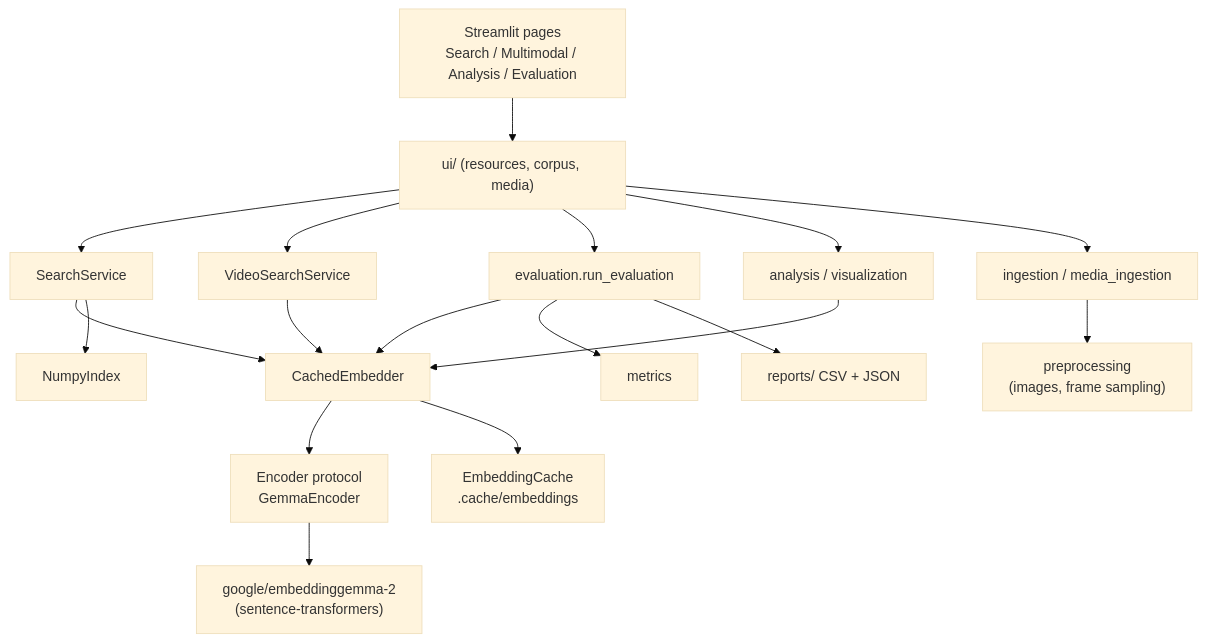
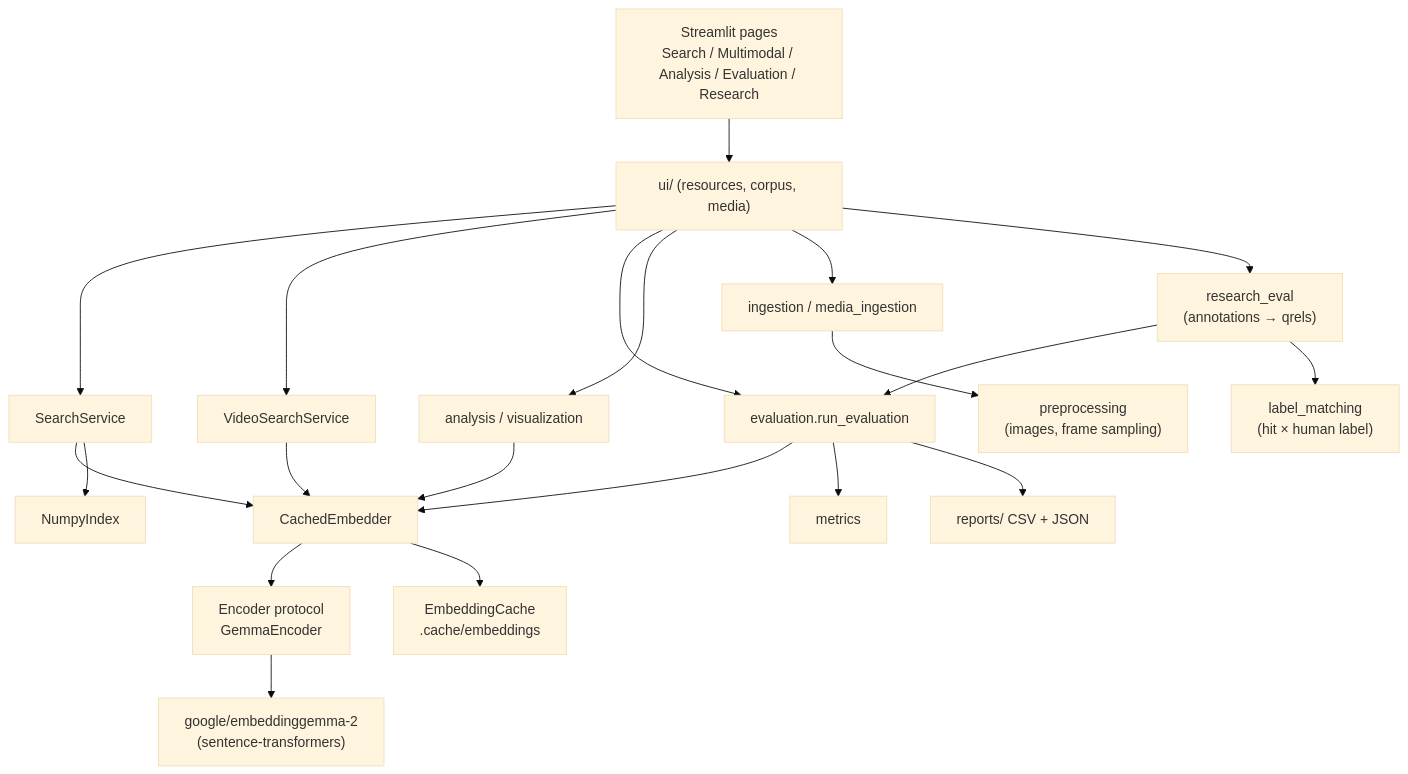
The diagram in docs/architecture.md (mutomasa/embeddinggemma-multimodal-lab), drawn with Mermaid (base theme) before and after one commit. The commit also changed other lines of this file and 19 other files, not shown here.

First line of the commit message:
feat(phase5): research demo matching grasp retrieval against human labels

````diff
--- a/docs/architecture.md
+++ b/docs/architecture.md
@@ -3,20 +3,23 @@
 ```mermaid
 flowchart TD
-    UI["Streamlit pages<br/>Search / Multimodal / Analysis / Evaluation"] --> UIH["ui/ (resources, corpus, media)"]
+    UI["Streamlit pages<br/>Search / Multimodal / Analysis / Evaluation / Research"] --> UIH["ui/ (resources, corpus, media)"]
     UIH --> SS[SearchService]
     UIH --> VS[VideoSearchService]
     UIH --> EV[evaluation.run_evaluation]
     UIH --> AN["analysis / visualization"]
     SS --> EMB[CachedEmbedder]
     VS --> EMB
     EV --> EMB
     AN --> EMB
     SS --> IDX[NumpyIndex]
     EMB --> ENC["Encoder protocol<br/>GemmaEncoder"]
     EMB --> CACHE["EmbeddingCache<br/>.cache/embeddings"]
     ENC --> MODEL["google/embeddinggemma-2<br/>(sentence-transformers)"]
     ING["ingestion / media_ingestion"] --> PRE["preprocessing<br/>(images, frame sampling)"]
     UIH --> ING
     EV --> MET[metrics]
     EV --> REP["reports/ CSV + JSON"]
+    UIH --> RE["research_eval<br/>(annotations → qrels)"]
+    RE --> EV
+    RE --> LM["label_matching<br/>(hit × human label)"]
 ```
````
